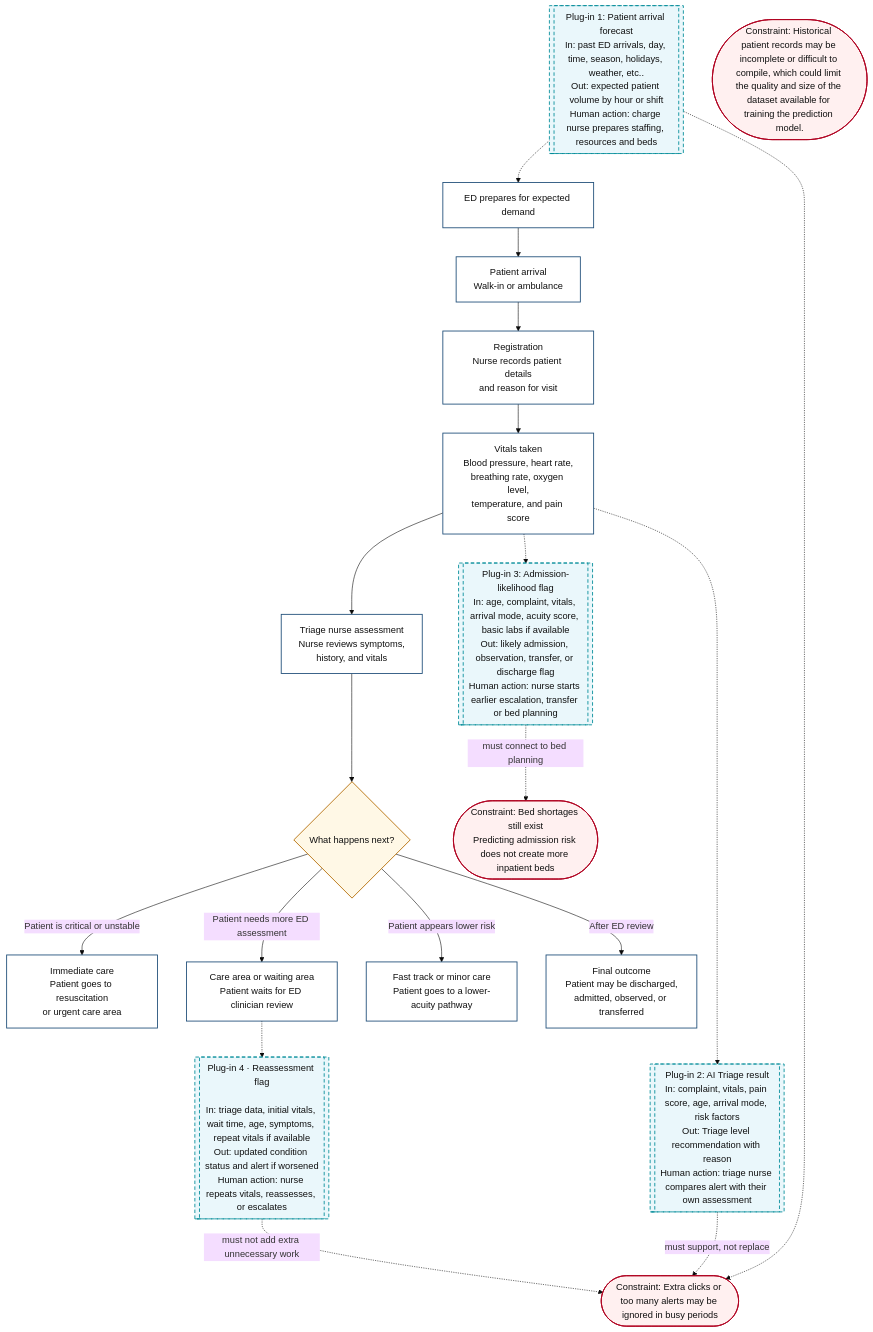
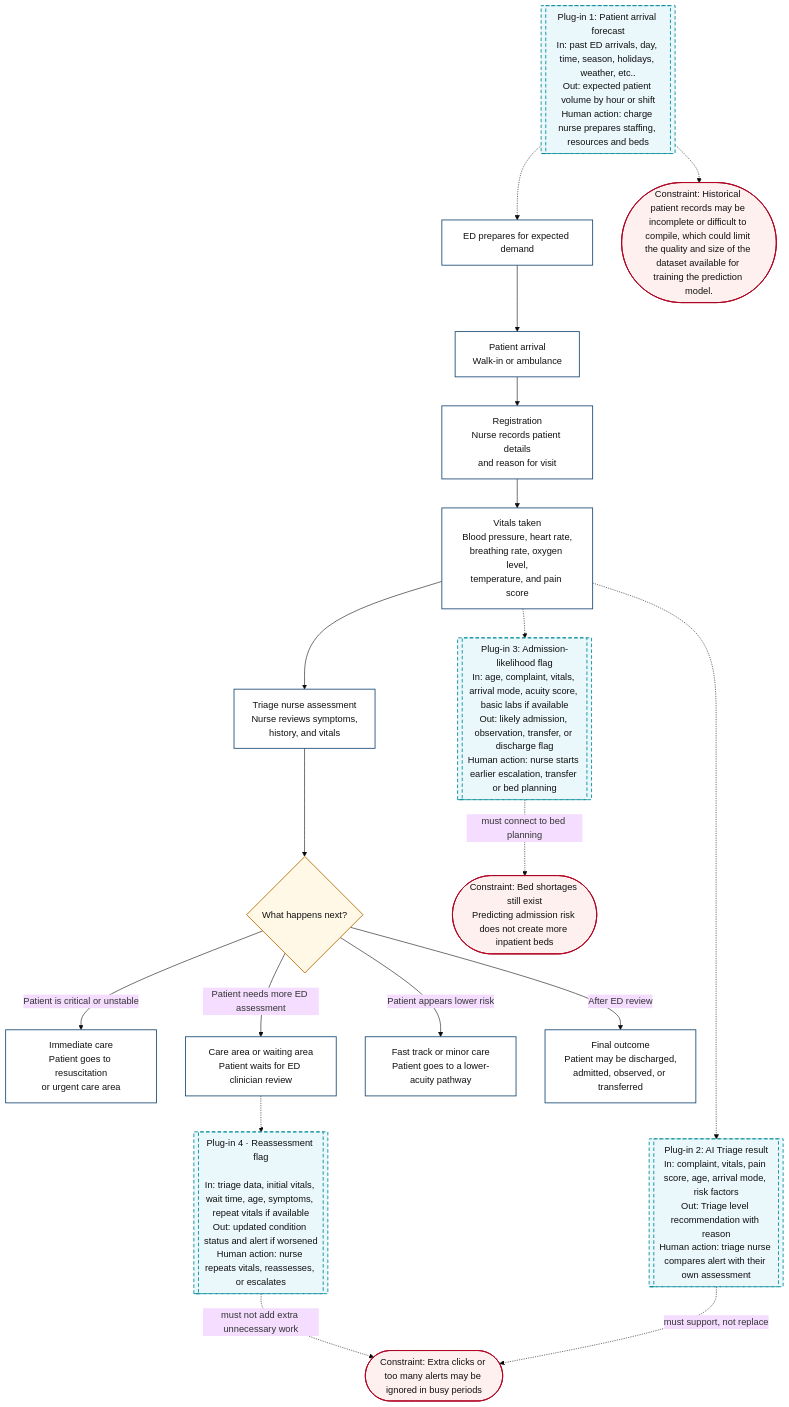
Before and after one commit to tinadams/carisurg-portfolio: the diagram in docs/week_3_workflow.md, drawn with Mermaid (base theme).

````diff
--- a/docs/week_3_workflow.md
+++ b/docs/week_3_workflow.md
@@ -1,56 +1,56 @@
 ```mermaid
 flowchart TD
 
 A[Patient arrival<br/>Walk-in or ambulance] --> B[Registration<br/>Nurse records patient details<br/>and reason for visit]
 
 B --> C[Vitals taken<br/>Blood pressure, heart rate,<br/>breathing rate, oxygen level,<br/>temperature, and pain score]
 
 C --> D[Triage nurse assessment<br/>Nurse reviews symptoms,<br/>history, and vitals]
 
 D --> E{What happens next?}
 
 E -->|Patient is critical or unstable| F[Immediate care<br/>Patient goes to resuscitation<br/>or urgent care area]
 
 E -->|Patient needs more ED assessment| G[Care area or waiting area<br/>Patient waits for ED clinician review]
 
 E -->|Patient appears lower risk| H[Fast track or minor care<br/>Patient goes to a lower-acuity pathway]
 
 E -->|After ED review| I[Final outcome<br/>Patient may be discharged,<br/>admitted, observed, or transferred]
 
 AI1[[Plug-in 1: Patient arrival forecast<br/>In: past ED arrivals, day, time, season, holidays, weather, etc..<br/>Out: expected patient volume by hour or shift<br/>Human action: charge nurse prepares staffing, resources and beds]]
 
 AI2[[Plug-in 2: AI Triage result<br/>In: complaint, vitals, pain score, age, arrival mode, risk factors<br/>Out: Triage level recommendation with reason<br/>Human action: triage nurse compares alert with their own assessment]]
 
 AI3[[Plug-in 3: Admission-likelihood flag<br/>In: age, complaint, vitals, arrival mode, acuity score, basic labs if available<br/>Out: likely admission, observation, transfer, or discharge flag<br/>Human action: nurse starts earlier escalation, transfer or bed planning]]
 
 AI4[[Plug-in 4 · Reassessment flag<br/><br/>In: triage data, initial vitals, wait time, age, symptoms, repeat vitals if available<br/>Out: updated condition status and alert if worsened<br/>Human action: nurse repeats vitals, reassesses, or escalates]]
 
 PRE[ED prepares for expected demand]
 
 AI1 -.-> PRE
 PRE --> A
 C -.-> AI3
 C -.-> AI2
 G -.-> AI4
 
 C1([Constraint: Historical patient records may be incomplete or difficult to compile, which could limit the quality and size of the dataset available for training the prediction model.])
 
 C2([Constraint: Extra clicks or too many alerts may be ignored in busy periods])
 
 C3([Constraint: Bed shortages still exist<br/>Predicting admission risk does not create more inpatient beds])
 
-AI1 -.-> C2
+AI1 -.-> C1
 AI2 -. must support, not replace .-> C2
 AI3 -. must connect to bed planning .-> C3
 AI4 -. must not add extra unnecessary work.-> C2
 
 classDef process fill:#ffffff,stroke:#1f4e79,stroke-width:1.5px,color:#111;
 classDef decision fill:#fff8e6,stroke:#b36b00,stroke-width:1.5px,color:#111;
 classDef ai fill:#eaf7fb,stroke:#008c99,stroke-width:1.5px,stroke-dasharray: 6 4,color:#111;
 classDef constraint fill:#fff0f0,stroke:#b00020,stroke-width:1.5px,color:#111;
 
 class A,B,C,D,F,G,H,I,PRE process;
 class E decision;
 class AI1,AI2,AI3,AI4 ai;
 class C1,C2,C3 constraint;
 ```
````
